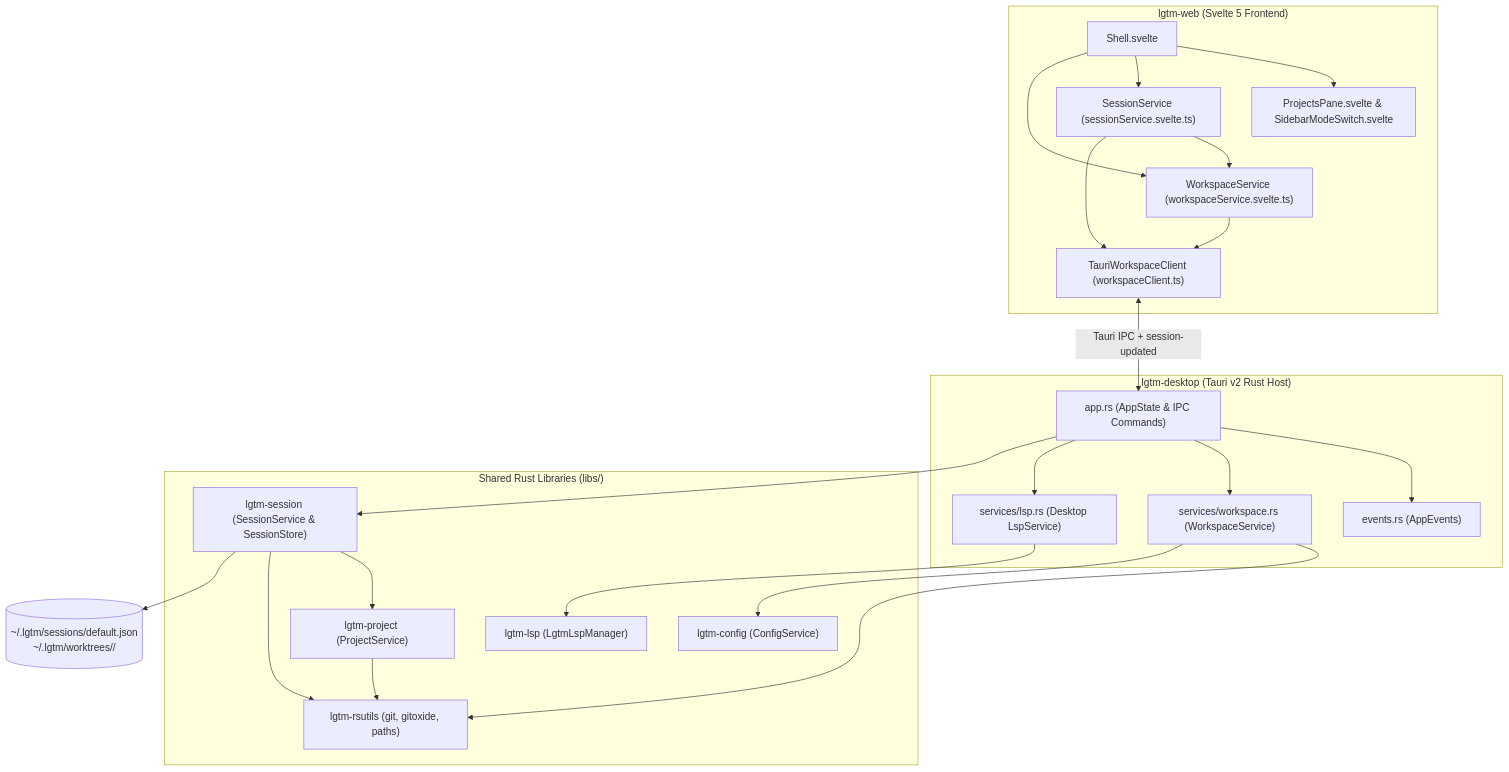
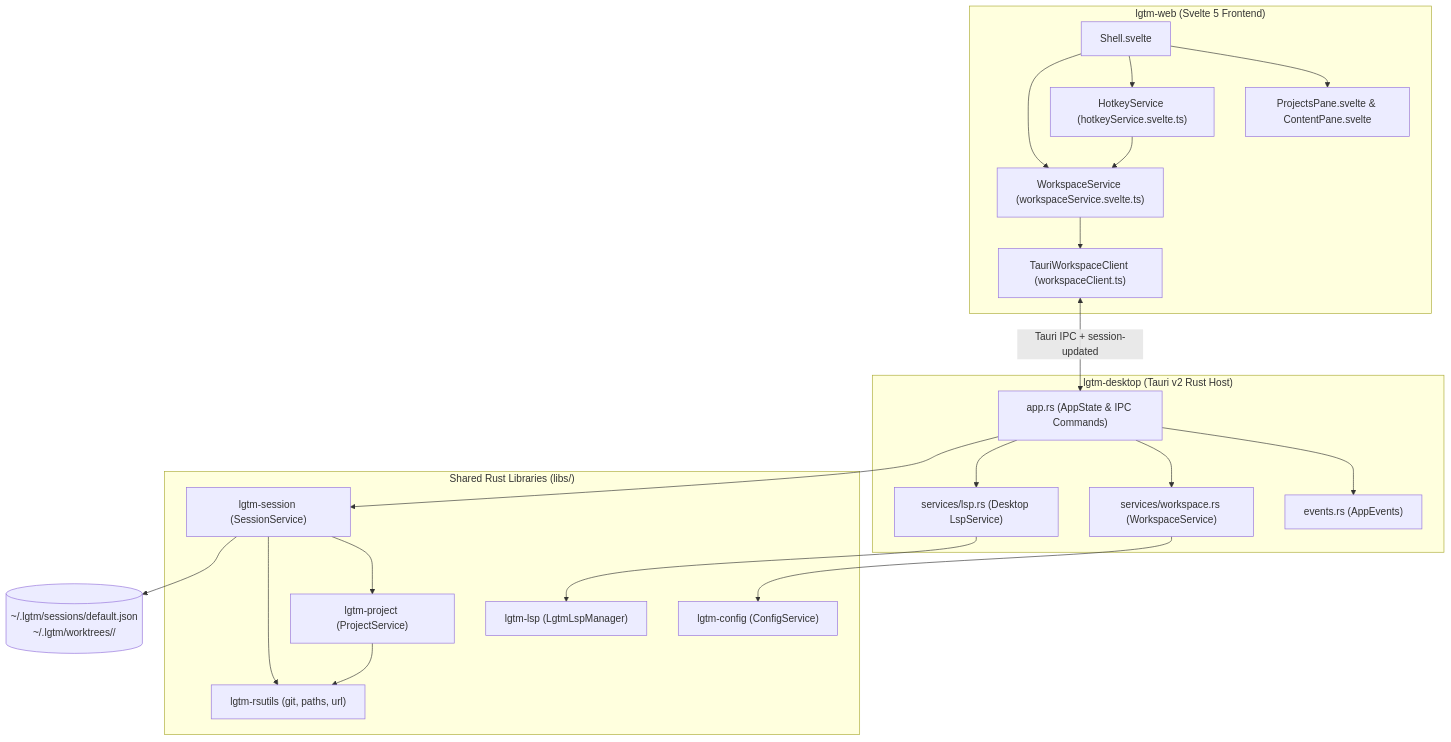
The first of 5 diagrams in docs/architecture/desktop/projects.md (difflab-io/lgtm), drawn with Mermaid before and after one commit. The commit also changed other lines of this file and 33 other files, not shown here.

````diff
--- a/docs/architecture/desktop/projects.md
+++ b/docs/architecture/desktop/projects.md
@@ -28,44 +28,42 @@
 ```mermaid
 flowchart TB
     subgraph Web["lgtm-web (Svelte 5 Frontend)"]
         SHELL["Shell.svelte"]
-        PANE["ProjectsPane.svelte & SidebarModeSwitch.svelte"]
-        SESS_UI["SessionService (sessionService.svelte.ts)"]
+        PANE["ProjectsPane.svelte & ContentPane.svelte"]
+        HOTKEY["HotkeyService (hotkeyService.svelte.ts)"]
         WS_UI["WorkspaceService (workspaceService.svelte.ts)"]
         CLIENT["TauriWorkspaceClient (workspaceClient.ts)"]
         SHELL --> PANE
-        SHELL --> SESS_UI
+        SHELL --> HOTKEY
         SHELL --> WS_UI
-        SESS_UI --> WS_UI
-        SESS_UI --> CLIENT
+        HOTKEY --> WS_UI
         WS_UI --> CLIENT
     end
 
     subgraph Host["lgtm-desktop (Tauri v2 Rust Host)"]
         APP["app.rs (AppState & IPC Commands)"]
         BUS["events.rs (AppEvents)"]
         WS_HOST["services/workspace.rs (WorkspaceService)"]
         LSP_HOST["services/lsp.rs (Desktop LspService)"]
         APP --> BUS
         APP --> WS_HOST
         APP --> LSP_HOST
     end
 
     subgraph Libraries["Shared Rust Libraries (libs/)"]
-        SESS_LIB["lgtm-session (SessionService & SessionStore)"]
+        SESS_LIB["lgtm-session (SessionService)"]
         PROJ_LIB["lgtm-project (ProjectService)"]
-        RSUTILS["lgtm-rsutils (git, gitoxide, paths)"]
+        RSUTILS["lgtm-rsutils (git, paths, url)"]
         LSP_LIB["lgtm-lsp (LgtmLspManager)"]
         CFG_LIB["lgtm-config (ConfigService)"]
         SESS_LIB --> PROJ_LIB
         PROJ_LIB --> RSUTILS
         SESS_LIB --> RSUTILS
-        WS_HOST --> RSUTILS
         WS_HOST --> CFG_LIB
         LSP_HOST --> LSP_LIB
     end
 
     CLIENT <-->|"Tauri IPC + session-updated"| APP
     APP --> SESS_LIB
     SESS_LIB --> STORE[("~/.lgtm/sessions/default.json\n~/.lgtm/worktrees/<project>/<branch>")]
 ```
````
